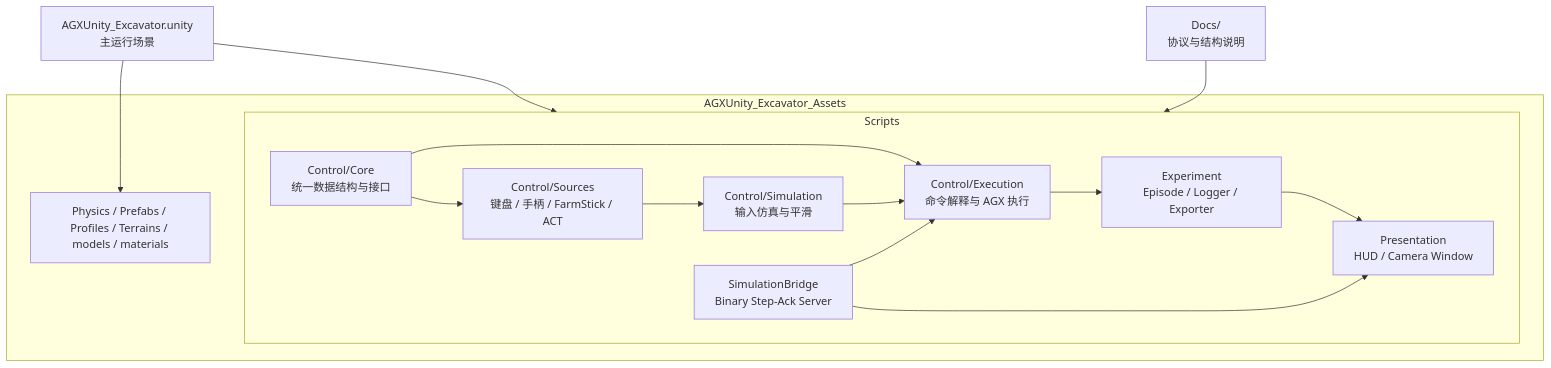
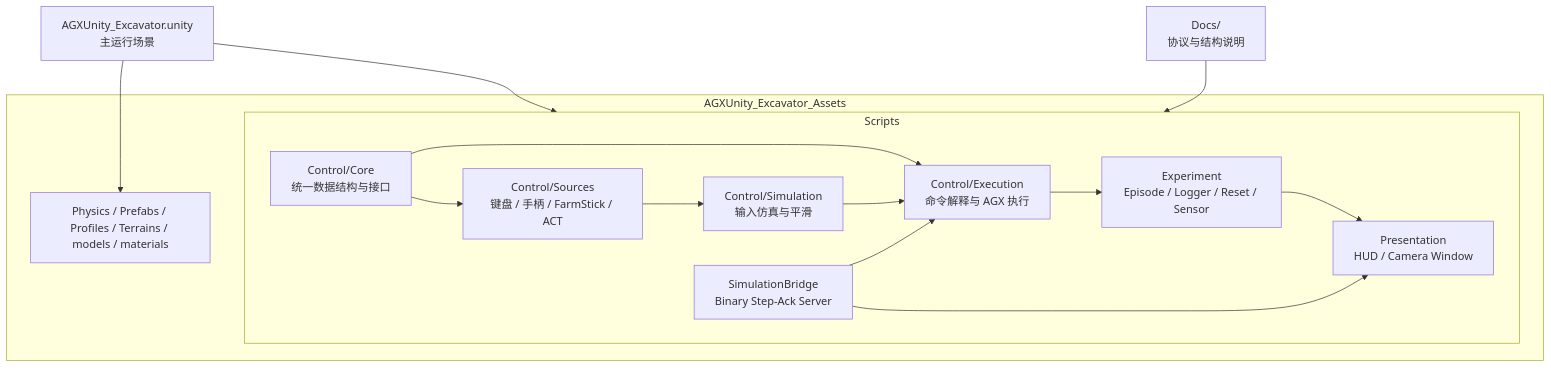
The first of 2 diagrams in Docs/excavator_current_project_structure.md (FansenXi/AGXExcavatorCodeDoc), drawn with Mermaid before and after one commit. The commit also changed other lines of this file and 18 other files, not shown here.

````diff
--- a/Docs/excavator_current_project_structure.md
+++ b/Docs/excavator_current_project_structure.md
@@ -106,31 +110,31 @@
 ```mermaid
 flowchart TB
   Scene["AGXUnity_Excavator.unity<br/>主运行场景"]
   Docs["Docs/<br/>协议与结构说明"]
 
   subgraph Assets["AGXUnity_Excavator_Assets"]
     subgraph Scripts["Scripts"]
       Core["Control/Core<br/>统一数据结构与接口"]
       Sources["Control/Sources<br/>键盘 / 手柄 / FarmStick / ACT"]
       Sim["Control/Simulation<br/>输入仿真与平滑"]
       Exec["Control/Execution<br/>命令解释与 AGX 执行"]
-      Exp["Experiment<br/>Episode / Logger / Exporter"]
+      Exp["Experiment<br/>Episode / Logger / Reset / Sensor"]
       Present["Presentation<br/>HUD / Camera Window"]
       Bridge["SimulationBridge<br/>Binary Step-Ack Server"]
     end
 
     Physics["Physics / Prefabs / Profiles / Terrains / models / materials"]
   end
 
   Scene --> Scripts
   Scene --> Physics
   Docs --> Scripts
   Core --> Sources
   Core --> Exec
   Sources --> Sim
   Sim --> Exec
   Exec --> Exp
   Exp --> Present
   Bridge --> Exec
   Bridge --> Present
 ```
````
